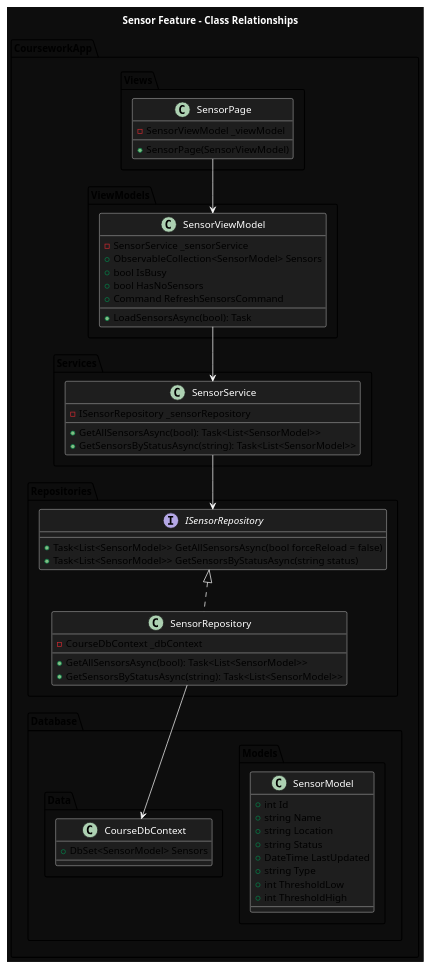
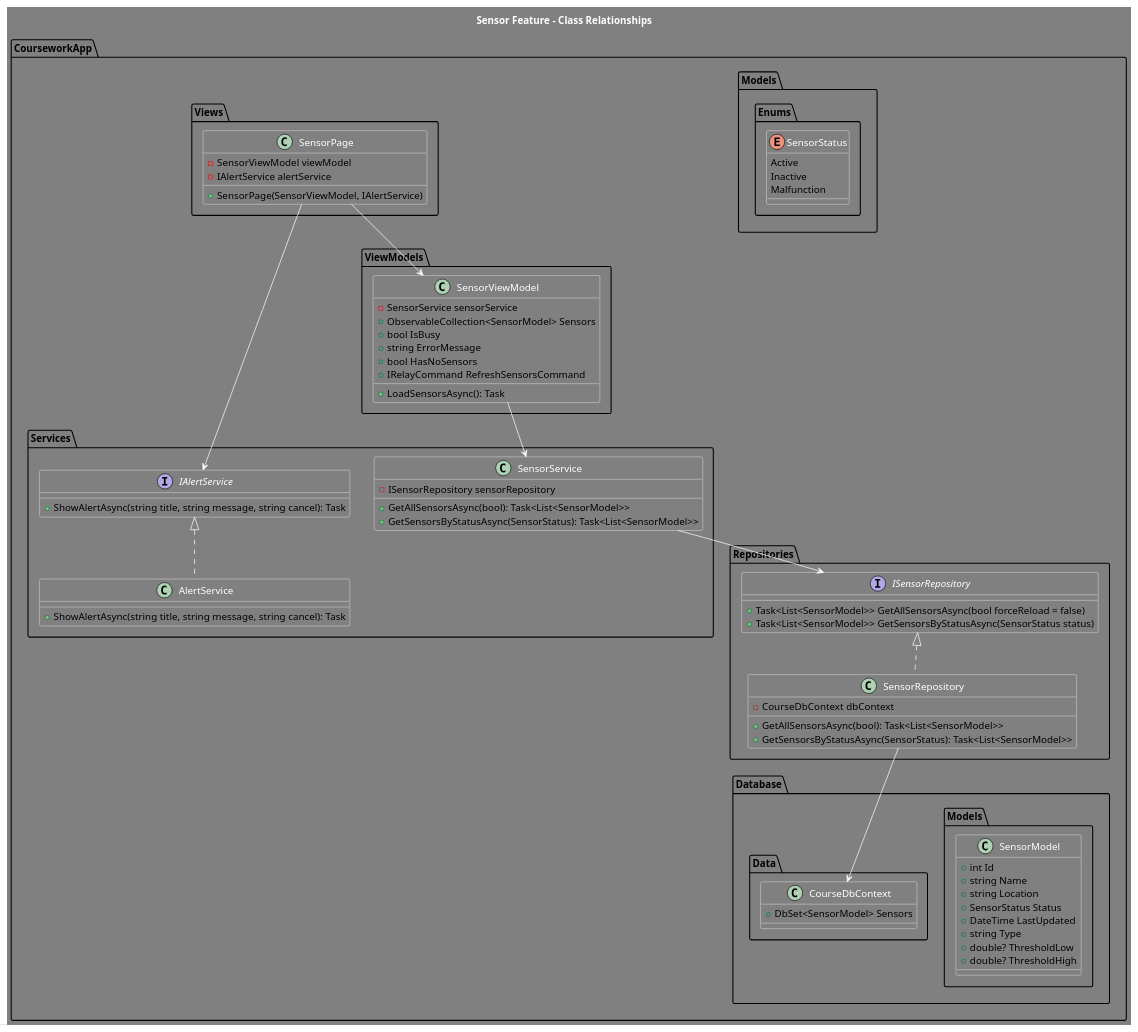
One commit to Napier-Software-Engineering-Team6/Environmental-Agency-Coursework changed the diagram in Docs/Diagrams/SensorStatus.puml. Above: the diagram before and after it, drawn with PlantUML.

Commit message:
updated UML doc for SensorPage

```diff
--- a/Docs/Diagrams/SensorStatus.puml
+++ b/Docs/Diagrams/SensorStatus.puml
@@ -1,84 +1,107 @@
 @startuml Sensor Feature Structure
 
-skinparam backgroundColor #0d0d0d
-skinparam classBackgroundColor #1e1e1e
+skinparam backgroundColor grey
+skinparam classBackgroundColor grey
 skinparam classBorderColor White
 skinparam classArrowColor White
 skinparam classFontColor White
 skinparam ArrowColor White
 skinparam ArrowFontColor White
 skinparam titleFontColor White
 skinparam defaultTextAlignment center
 skinparam shadowing false
 
 ' Title
- title Sensor Feature - Class Relationships
+title Sensor Feature - Class Relationships
+
+package CourseworkApp.Models.Enums {
+  enum SensorStatus {
+    Active
+    Inactive
+    Malfunction
+  }
+}
 
 package CourseworkApp.Database.Models {
   class SensorModel {
     +int Id
     +string Name
     +string Location
-    +string Status
+    +SensorStatus Status
     +DateTime LastUpdated
     +string Type
-    +int ThresholdLow
-    +int ThresholdHigh
+    +double? ThresholdLow
+    +double? ThresholdHigh
   }
 }
 
 package CourseworkApp.Database.Data {
   class CourseDbContext {
     +DbSet<SensorModel> Sensors
   }
 }
 
 package CourseworkApp.Repositories {
   interface ISensorRepository {
     +Task<List<SensorModel>> GetAllSensorsAsync(bool forceReload = false)
-    +Task<List<SensorModel>> GetSensorsByStatusAsync(string status)
+    +Task<List<SensorModel>> GetSensorsByStatusAsync(SensorStatus status)
   }
 
   class SensorRepository {
-    -CourseDbContext _dbContext
+    -CourseDbContext dbContext
     +GetAllSensorsAsync(bool): Task<List<SensorModel>>
-    +GetSensorsByStatusAsync(string): Task<List<SensorModel>>
+    +GetSensorsByStatusAsync(SensorStatus): Task<List<SensorModel>>
   }
 
   ISensorRepository <|.. SensorRepository
   SensorRepository --> CourseDbContext
 }
 
 package CourseworkApp.Services {
   class SensorService {
-    -ISensorRepository _sensorRepository
+    -ISensorRepository sensorRepository
     +GetAllSensorsAsync(bool): Task<List<SensorModel>>
-    +GetSensorsByStatusAsync(string): Task<List<SensorModel>>
+    +GetSensorsByStatusAsync(SensorStatus): Task<List<SensorModel>>
   }
 
   SensorService --> ISensorRepository
 }
 
+package CourseworkApp.Services {
+  interface IAlertService {
+    +ShowAlertAsync(string title, string message, string cancel): Task
+  }
+
+  class AlertService {
+    +ShowAlertAsync(string title, string message, string cancel): Task
+  }
+
+  IAlertService <|.. AlertService
+}
+
 package CourseworkApp.ViewModels {
   class SensorViewModel {
-    -SensorService _sensorService
+    -SensorService sensorService
     +ObservableCollection<SensorModel> Sensors
     +bool IsBusy
+    +string ErrorMessage
     +bool HasNoSensors
-    +Command RefreshSensorsCommand
-    +LoadSensorsAsync(bool): Task
+    +IRelayCommand RefreshSensorsCommand
+    +LoadSensorsAsync(): Task
   }
 
   SensorViewModel --> SensorService
 }
 
 package CourseworkApp.Views {
   class SensorPage {
-    -SensorViewModel _viewModel
-    +SensorPage(SensorViewModel)
+    -SensorViewModel viewModel
+    -IAlertService alertService
+    +SensorPage(SensorViewModel, IAlertService)
   }
 
   SensorPage --> SensorViewModel
+  SensorPage --> IAlertService
 }
 
 @enduml
```
